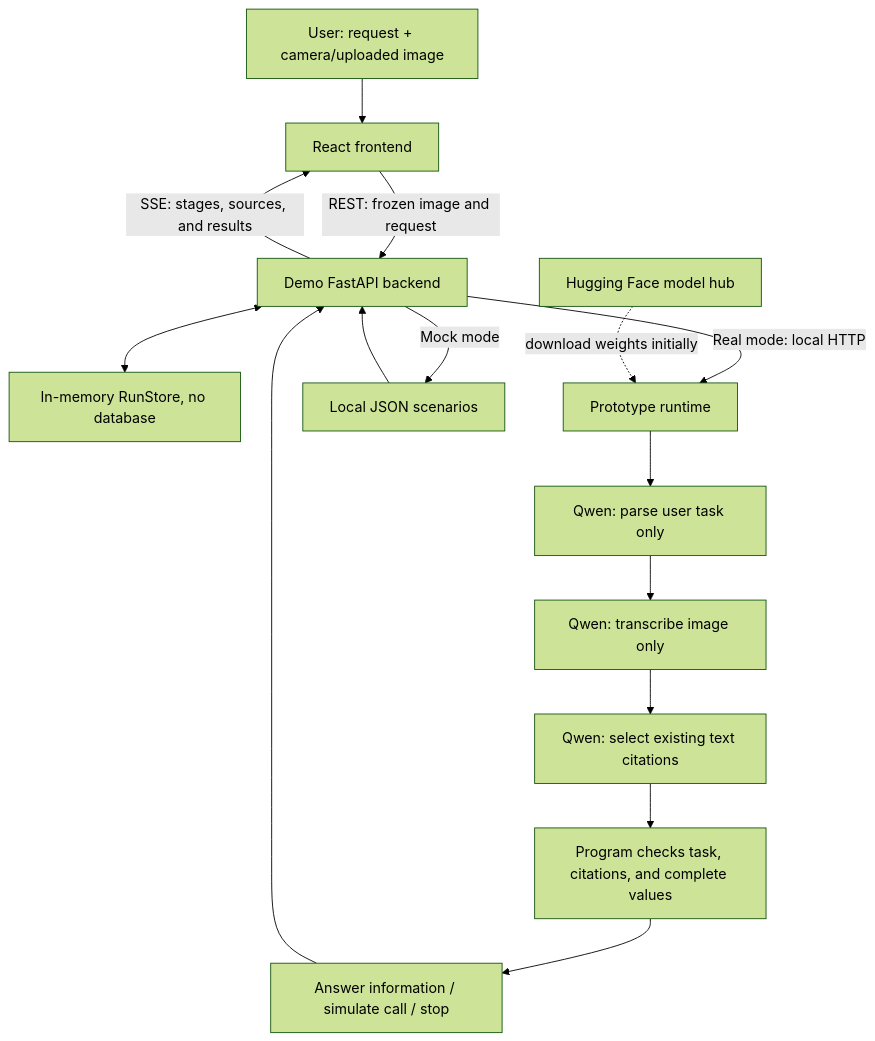
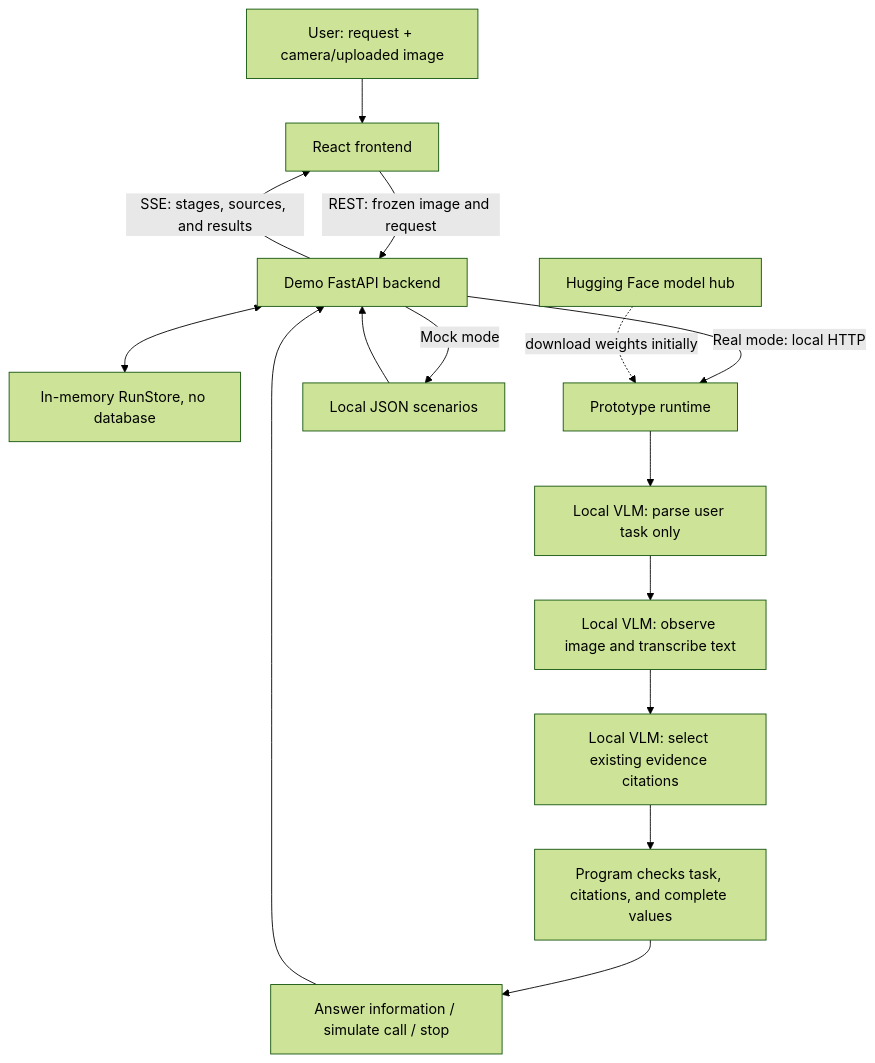
One commit to tyc4d/FM26-LensGuard-Demo changed the diagram in README.md. Above: the diagram before and after it, drawn with Mermaid (forest theme). The commit also changed other lines of this file and 1 other file, not shown here.

````diff
--- a/README.md
+++ b/README.md
@@ -22,17 +25,17 @@
 ```mermaid
 flowchart TD
     U[User: request + camera/uploaded image] --> F[React frontend]
     F -->|REST: frozen image and request| B[Demo FastAPI backend]
     B -->|SSE: stages, sources, and results| F
     B <--> R[In-memory RunStore, no database]
     B -->|Real mode: local HTTP| P[Prototype runtime]
     B -->|Mock mode| M[Local JSON scenarios]
-    P --> T[Qwen: parse user task only]
-    T --> V[Qwen: transcribe image only]
-    V --> C[Qwen: select existing text citations]
+    P --> T[Local VLM: parse user task only]
+    T --> V[Local VLM: observe image and transcribe text]
+    V --> C[Local VLM: select existing evidence citations]
     C --> G[Program checks task, citations, and complete values]
     G --> O[Answer information / simulate call / stop]
     O --> B
     M --> B
     H[Hugging Face model hub] -.download weights initially.-> P
 ```
````
